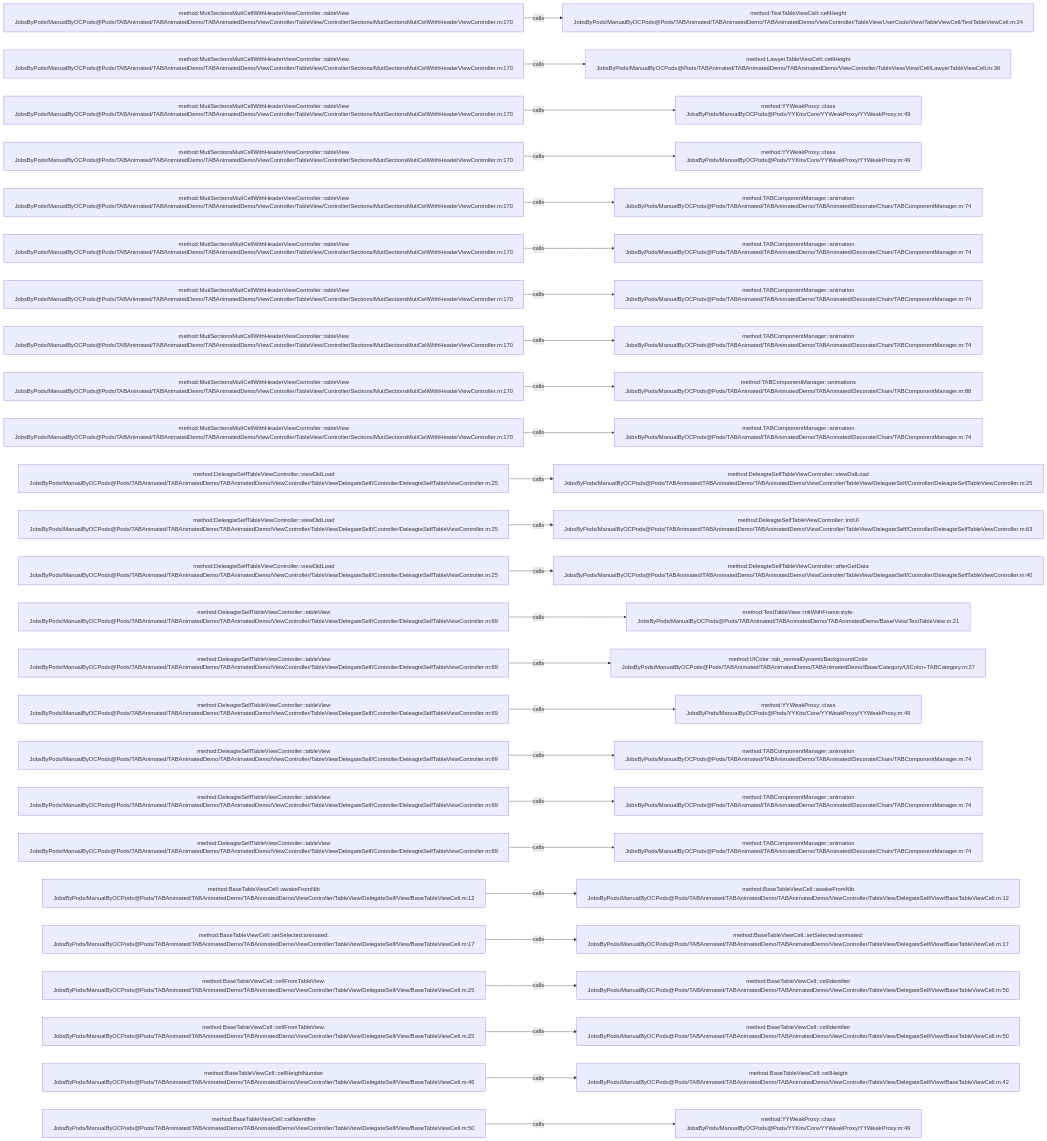
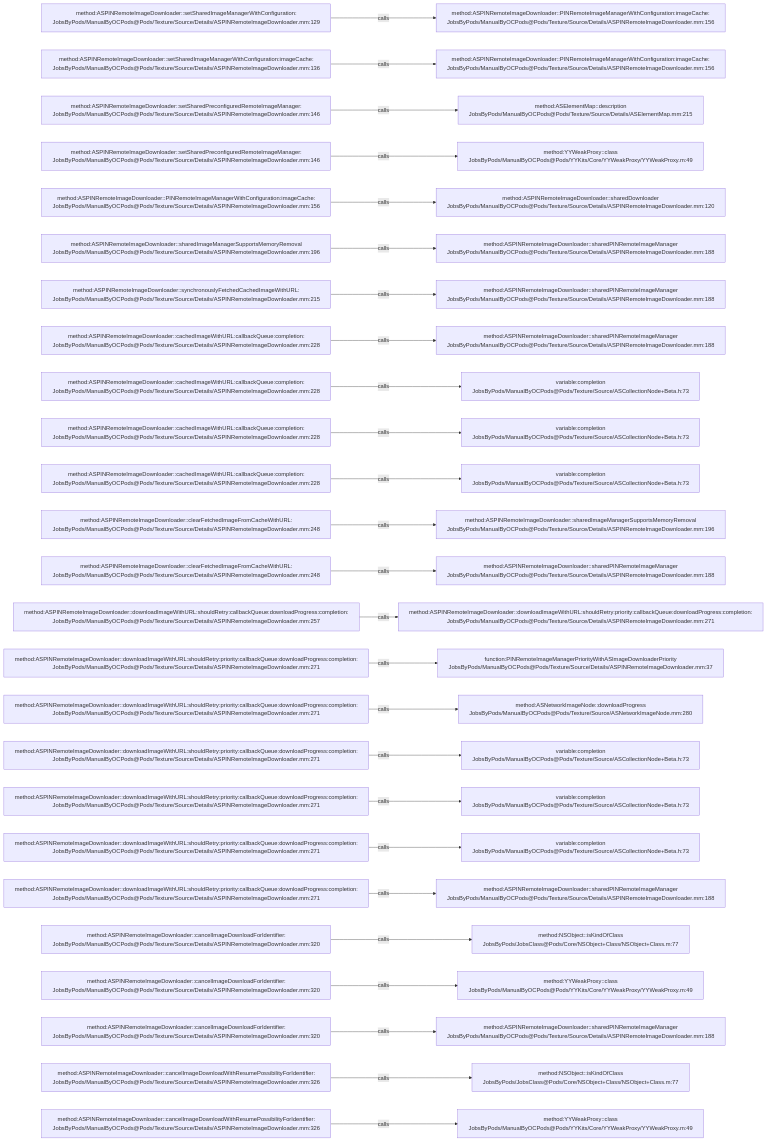
The diagram in .codegraph/codegraph.md/graphs/calls-169.md (JobsKits/JobsOCBaseConfigDemo), drawn with Mermaid before and after one commit. The commit also changed 2162 other files, not shown here.

````diff
--- a/.codegraph/codegraph.md/graphs/calls-169.md
+++ b/.codegraph/codegraph.md/graphs/calls-169.md
@@ -13,78 +13,78 @@
 ```mermaid
 flowchart LR
-  S1["method:MutiSectionsMutiCellWithHeaderViewController::tableView<br/>JobsByPods/ManualByOCPods@Pods/TABAnimated/TABAnimatedDemo/TABAnimatedDemo/ViewController/TableView/Controller/Sections/MutiSectionsMutiCellWithHeaderViewController.m:170"]
-  T1["method:TestTableViewCell::cellHeight<br/>JobsByPods/ManualByOCPods@Pods/TABAnimated/TABAnimatedDemo/TABAnimatedDemo/ViewController/TableView/UserCode/View/TableViewCell/TestTableViewCell.m:24"]
+  S1["method:ASPINRemoteImageDownloader::setSharedImageManagerWithConfiguration:<br/>JobsByPods/ManualByOCPods@Pods/Texture/Source/Details/ASPINRemoteImageDownloader.mm:129"]
+  T1["method:ASPINRemoteImageDownloader::PINRemoteImageManagerWithConfiguration:imageCache:<br/>JobsByPods/ManualByOCPods@Pods/Texture/Source/Details/ASPINRemoteImageDownloader.mm:156"]
   S1 -->|calls| T1
-  S2["method:MutiSectionsMutiCellWithHeaderViewController::tableView<br/>JobsByPods/ManualByOCPods@Pods/TABAnimated/TABAnimatedDemo/TABAnimatedDemo/ViewController/TableView/Controller/Sections/MutiSectionsMutiCellWithHeaderViewController.m:170"]
-  T2["method:LawyerTableViewCell::cellHeight<br/>JobsByPods/ManualByOCPods@Pods/TABAnimated/TABAnimatedDemo/TABAnimatedDemo/ViewController/TableView/View/Cell/LawyerTableViewCell.m:36"]
+  S2["method:ASPINRemoteImageDownloader::setSharedImageManagerWithConfiguration:imageCache:<br/>JobsByPods/ManualByOCPods@Pods/Texture/Source/Details/ASPINRemoteImageDownloader.mm:136"]
+  T2["method:ASPINRemoteImageDownloader::PINRemoteImageManagerWithConfiguration:imageCache:<br/>JobsByPods/ManualByOCPods@Pods/Texture/Source/Details/ASPINRemoteImageDownloader.mm:156"]
   S2 -->|calls| T2
-  S3["method:MutiSectionsMutiCellWithHeaderViewController::tableView<br/>JobsByPods/ManualByOCPods@Pods/TABAnimated/TABAnimatedDemo/TABAnimatedDemo/ViewController/TableView/Controller/Sections/MutiSectionsMutiCellWithHeaderViewController.m:170"]
-  T3["method:YYWeakProxy::class<br/>JobsByPods/ManualByOCPods@Pods/YYKits/Core/YYWeakProxy/YYWeakProxy.m:49"]
+  S3["method:ASPINRemoteImageDownloader::setSharedPreconfiguredRemoteImageManager:<br/>JobsByPods/ManualByOCPods@Pods/Texture/Source/Details/ASPINRemoteImageDownloader.mm:146"]
+  T3["method:ASElementMap::description<br/>JobsByPods/ManualByOCPods@Pods/Texture/Source/Details/ASElementMap.mm:215"]
   S3 -->|calls| T3
-  S4["method:MutiSectionsMutiCellWithHeaderViewController::tableView<br/>JobsByPods/ManualByOCPods@Pods/TABAnimated/TABAnimatedDemo/TABAnimatedDemo/ViewController/TableView/Controller/Sections/MutiSectionsMutiCellWithHeaderViewController.m:170"]
+  S4["method:ASPINRemoteImageDownloader::setSharedPreconfiguredRemoteImageManager:<br/>JobsByPods/ManualByOCPods@Pods/Texture/Source/Details/ASPINRemoteImageDownloader.mm:146"]
   T4["method:YYWeakProxy::class<br/>JobsByPods/ManualByOCPods@Pods/YYKits/Core/YYWeakProxy/YYWeakProxy.m:49"]
   S4 -->|calls| T4
-  S5["method:MutiSectionsMutiCellWithHeaderViewController::tableView<br/>JobsByPods/ManualByOCPods@Pods/TABAnimated/TABAnimatedDemo/TABAnimatedDemo/ViewController/TableView/Controller/Sections/MutiSectionsMutiCellWithHeaderViewController.m:170"]
-  T5["method:TABComponentManager::animation<br/>JobsByPods/ManualByOCPods@Pods/TABAnimated/TABAnimatedDemo/TABAnimated/Decorate/Chain/TABComponentManager.m:74"]
+  S5["method:ASPINRemoteImageDownloader::PINRemoteImageManagerWithConfiguration:imageCache:<br/>JobsByPods/ManualByOCPods@Pods/Texture/Source/Details/ASPINRemoteImageDownloader.mm:156"]
+  T5["method:ASPINRemoteImageDownloader::sharedDownloader<br/>JobsByPods/ManualByOCPods@Pods/Texture/Source/Details/ASPINRemoteImageDownloader.mm:120"]
   S5 -->|calls| T5
-  S6["method:MutiSectionsMutiCellWithHeaderViewController::tableView<br/>JobsByPods/ManualByOCPods@Pods/TABAnimated/TABAnimatedDemo/TABAnimatedDemo/ViewController/TableView/Controller/Sections/MutiSectionsMutiCellWithHeaderViewController.m:170"]
-  T6["method:TABComponentManager::animation<br/>JobsByPods/ManualByOCPods@Pods/TABAnimated/TABAnimatedDemo/TABAnimated/Decorate/Chain/TABComponentManager.m:74"]
+  S6["method:ASPINRemoteImageDownloader::sharedImageManagerSupportsMemoryRemoval<br/>JobsByPods/ManualByOCPods@Pods/Texture/Source/Details/ASPINRemoteImageDownloader.mm:196"]
+  T6["method:ASPINRemoteImageDownloader::sharedPINRemoteImageManager<br/>JobsByPods/ManualByOCPods@Pods/Texture/Source/Details/ASPINRemoteImageDownloader.mm:188"]
   S6 -->|calls| T6
-  S7["method:MutiSectionsMutiCellWithHeaderViewController::tableView<br/>JobsByPods/ManualByOCPods@Pods/TABAnimated/TABAnimatedDemo/TABAnimatedDemo/ViewController/TableView/Controller/Sections/MutiSectionsMutiCellWithHeaderViewController.m:170"]
-  T7["method:TABComponentManager::animation<br/>JobsByPods/ManualByOCPods@Pods/TABAnimated/TABAnimatedDemo/TABAnimated/Decorate/Chain/TABComponentManager.m:74"]
+  S7["method:ASPINRemoteImageDownloader::synchronouslyFetchedCachedImageWithURL:<br/>JobsByPods/ManualByOCPods@Pods/Texture/Source/Details/ASPINRemoteImageDownloader.mm:215"]
+  T7["method:ASPINRemoteImageDownloader::sharedPINRemoteImageManager<br/>JobsByPods/ManualByOCPods@Pods/Texture/Source/Details/ASPINRemoteImageDownloader.mm:188"]
   S7 -->|calls| T7
-  S8["method:MutiSectionsMutiCellWithHeaderViewController::tableView<br/>JobsByPods/ManualByOCPods@Pods/TABAnimated/TABAnimatedDemo/TABAnimatedDemo/ViewController/TableView/Controller/Sections/MutiSectionsMutiCellWithHeaderViewController.m:170"]
-  T8["method:TABComponentManager::animation<br/>JobsByPods/ManualByOCPods@Pods/TABAnimated/TABAnimatedDemo/TABAnimated/Decorate/Chain/TABComponentManager.m:74"]
+  S8["method:ASPINRemoteImageDownloader::cachedImageWithURL:callbackQueue:completion:<br/>JobsByPods/ManualByOCPods@Pods/Texture/Source/Details/ASPINRemoteImageDownloader.mm:228"]
+  T8["method:ASPINRemoteImageDownloader::sharedPINRemoteImageManager<br/>JobsByPods/ManualByOCPods@Pods/Texture/Source/Details/ASPINRemoteImageDownloader.mm:188"]
   S8 -->|calls| T8
-  S9["method:MutiSectionsMutiCellWithHeaderViewController::tableView<br/>JobsByPods/ManualByOCPods@Pods/TABAnimated/TABAnimatedDemo/TABAnimatedDemo/ViewController/TableView/Controller/Sections/MutiSectionsMutiCellWithHeaderViewController.m:170"]
-  T9["method:TABComponentManager::animations<br/>JobsByPods/ManualByOCPods@Pods/TABAnimated/TABAnimatedDemo/TABAnimated/Decorate/Chain/TABComponentManager.m:88"]
+  S9["method:ASPINRemoteImageDownloader::cachedImageWithURL:callbackQueue:completion:<br/>JobsByPods/ManualByOCPods@Pods/Texture/Source/Details/ASPINRemoteImageDownloader.mm:228"]
+  T9["variable:completion<br/>JobsByPods/ManualByOCPods@Pods/Texture/Source/ASCollectionNode+Beta.h:73"]
   S9 -->|calls| T9
-  S10["method:MutiSectionsMutiCellWithHeaderViewController::tableView<br/>JobsByPods/ManualByOCPods@Pods/TABAnimated/TABAnimatedDemo/TABAnimatedDemo/ViewController/TableView/Controller/Sections/MutiSectionsMutiCellWithHeaderViewController.m:170"]
-  T10["method:TABComponentManager::animation<br/>JobsByPods/ManualByOCPods@Pods/TABAnimated/TABAnimatedDemo/TABAnimated/Decorate/Chain/TABComponentManager.m:74"]
+  S10["method:ASPINRemoteImageDownloader::cachedImageWithURL:callbackQueue:completion:<br/>JobsByPods/ManualByOCPods@Pods/Texture/Source/Details/ASPINRemoteImageDownloader.mm:228"]
+  T10["variable:completion<br/>JobsByPods/ManualByOCPods@Pods/Texture/Source/ASCollectionNode+Beta.h:73"]
   S10 -->|calls| T10
-  S11["method:DeleagteSelfTableViewController::viewDidLoad<br/>JobsByPods/ManualByOCPods@Pods/TABAnimated/TABAnimatedDemo/TABAnimatedDemo/ViewController/TableView/DelegateSelf/Controller/DeleagteSelfTableViewController.m:25"]
-  T11["method:DeleagteSelfTableViewController::viewDidLoad<br/>JobsByPods/ManualByOCPods@Pods/TABAnimated/TABAnimatedDemo/TABAnimatedDemo/ViewController/TableView/DelegateSelf/Controller/DeleagteSelfTableViewController.m:25"]
+  S11["method:ASPINRemoteImageDownloader::cachedImageWithURL:callbackQueue:completion:<br/>JobsByPods/ManualByOCPods@Pods/Texture/Source/Details/ASPINRemoteImageDownloader.mm:228"]
+  T11["variable:completion<br/>JobsByPods/ManualByOCPods@Pods/Texture/Source/ASCollectionNode+Beta.h:73"]
   S11 -->|calls| T11
-  S12["method:DeleagteSelfTableViewController::viewDidLoad<br/>JobsByPods/ManualByOCPods@Pods/TABAnimated/TABAnimatedDemo/TABAnimatedDemo/ViewController/TableView/DelegateSelf/Controller/DeleagteSelfTableViewController.m:25"]
-  T12["method:DeleagteSelfTableViewController::initUI<br/>JobsByPods/ManualByOCPods@Pods/TABAnimated/TABAnimatedDemo/TABAnimatedDemo/ViewController/TableView/DelegateSelf/Controller/DeleagteSelfTableViewController.m:63"]
+  S12["method:ASPINRemoteImageDownloader::clearFetchedImageFromCacheWithURL:<br/>JobsByPods/ManualByOCPods@Pods/Texture/Source/Details/ASPINRemoteImageDownloader.mm:248"]
+  T12["method:ASPINRemoteImageDownloader::sharedImageManagerSupportsMemoryRemoval<br/>JobsByPods/ManualByOCPods@Pods/Texture/Source/Details/ASPINRemoteImageDownloader.mm:196"]
   S12 -->|calls| T12
-  S13["method:DeleagteSelfTableViewController::viewDidLoad<br/>JobsByPods/ManualByOCPods@Pods/TABAnimated/TABAnimatedDemo/TABAnimatedDemo/ViewController/TableView/DelegateSelf/Controller/DeleagteSelfTableViewController.m:25"]
-  T13["method:DeleagteSelfTableViewController::afterGetData<br/>JobsByPods/ManualByOCPods@Pods/TABAnimated/TABAnimatedDemo/TABAnimatedDemo/ViewController/TableView/DelegateSelf/Controller/DeleagteSelfTableViewController.m:40"]
+  S13["method:ASPINRemoteImageDownloader::clearFetchedImageFromCacheWithURL:<br/>JobsByPods/ManualByOCPods@Pods/Texture/Source/Details/ASPINRemoteImageDownloader.mm:248"]
+  T13["method:ASPINRemoteImageDownloader::sharedPINRemoteImageManager<br/>JobsByPods/ManualByOCPods@Pods/Texture/Source/Details/ASPINRemoteImageDownloader.mm:188"]
   S13 -->|calls| T13
-  S14["method:DeleagteSelfTableViewController::tableView<br/>JobsByPods/ManualByOCPods@Pods/TABAnimated/TABAnimatedDemo/TABAnimatedDemo/ViewController/TableView/DelegateSelf/Controller/DeleagteSelfTableViewController.m:69"]
-  T14["method:TestTableView::initWithFrame:style:<br/>JobsByPods/ManualByOCPods@Pods/TABAnimated/TABAnimatedDemo/TABAnimatedDemo/Base/View/TestTableView.m:21"]
+  S14["method:ASPINRemoteImageDownloader::downloadImageWithURL:shouldRetry:callbackQueue:downloadProgress:completion:<br/>JobsByPods/ManualByOCPods@Pods/Texture/Source/Details/ASPINRemoteImageDownloader.mm:257"]
+  T14["method:ASPINRemoteImageDownloader::downloadImageWithURL:shouldRetry:priority:callbackQueue:downloadProgress:completion:<br/>JobsByPods/ManualByOCPods@Pods/Texture/Source/Details/ASPINRemoteImageDownloader.mm:271"]
   S14 -->|calls| T14
-  S15["method:DeleagteSelfTableViewController::tableView<br/>JobsByPods/ManualByOCPods@Pods/TABAnimated/TABAnimatedDemo/TABAnimatedDemo/ViewController/TableView/DelegateSelf/Controller/DeleagteSelfTableViewController.m:69"]
-  T15["method:UIColor::tab_normalDynamicBackgroundColor<br/>JobsByPods/ManualByOCPods@Pods/TABAnimated/TABAnimatedDemo/TABAnimatedDemo/Base/Category/UIColor+TABCategory.m:27"]
+  S15["method:ASPINRemoteImageDownloader::downloadImageWithURL:shouldRetry:priority:callbackQueue:downloadProgress:completion:<br/>JobsByPods/ManualByOCPods@Pods/Texture/Source/Details/ASPINRemoteImageDownloader.mm:271"]
+  T15["function:PINRemoteImageManagerPriorityWithASImageDownloaderPriority<br/>JobsByPods/ManualByOCPods@Pods/Texture/Source/Details/ASPINRemoteImageDownloader.mm:37"]
   S15 -->|calls| T15
-  S16["method:DeleagteSelfTableViewController::tableView<br/>JobsByPods/ManualByOCPods@Pods/TABAnimated/TABAnimatedDemo/TABAnimatedDemo/ViewController/TableView/DelegateSelf/Controller/DeleagteSelfTableViewController.m:69"]
-  T16["method:YYWeakProxy::class<br/>JobsByPods/ManualByOCPods@Pods/YYKits/Core/YYWeakProxy/YYWeakProxy.m:49"]
+  S16["method:ASPINRemoteImageDownloader::downloadImageWithURL:shouldRetry:priority:callbackQueue:downloadProgress:completion:<br/>JobsByPods/ManualByOCPods@Pods/Texture/Source/Details/ASPINRemoteImageDownloader.mm:271"]
+  T16["method:ASNetworkImageNode::downloadProgress<br/>JobsByPods/ManualByOCPods@Pods/Texture/Source/ASNetworkImageNode.mm:280"]
   S16 -->|calls| T16
-  S17["method:DeleagteSelfTableViewController::tableView<br/>JobsByPods/ManualByOCPods@Pods/TABAnimated/TABAnimatedDemo/TABAnimatedDemo/ViewController/TableView/DelegateSelf/Controller/DeleagteSelfTableViewController.m:69"]
-  T17["method:TABComponentManager::animation<br/>JobsByPods/ManualByOCPods@Pods/TABAnimated/TABAnimatedDemo/TABAnimated/Decorate/Chain/TABComponentManager.m:74"]
+  S17["method:ASPINRemoteImageDownloader::downloadImageWithURL:shouldRetry:priority:callbackQueue:downloadProgress:completion:<br/>JobsByPods/ManualByOCPods@Pods/Texture/Source/Details/ASPINRemoteImageDownloader.mm:271"]
+  T17["variable:completion<br/>JobsByPods/ManualByOCPods@Pods/Texture/Source/ASCollectionNode+Beta.h:73"]
   S17 -->|calls| T17
-  S18["method:DeleagteSelfTableViewController::tableView<br/>JobsByPods/ManualByOCPods@Pods/TABAnimated/TABAnimatedDemo/TABAnimatedDemo/ViewController/TableView/DelegateSelf/Controller/DeleagteSelfTableViewController.m:69"]
-  T18["method:TABComponentManager::animation<br/>JobsByPods/ManualByOCPods@Pods/TABAnimated/TABAnimatedDemo/TABAnimated/Decorate/Chain/TABComponentManager.m:74"]
+  S18["method:ASPINRemoteImageDownloader::downloadImageWithURL:shouldRetry:priority:callbackQueue:downloadProgress:completion:<br/>JobsByPods/ManualByOCPods@Pods/Texture/Source/Details/ASPINRemoteImageDownloader.mm:271"]
+  T18["variable:completion<br/>JobsByPods/ManualByOCPods@Pods/Texture/Source/ASCollectionNode+Beta.h:73"]
   S18 -->|calls| T18
-  S19["method:DeleagteSelfTableViewController::tableView<br/>JobsByPods/ManualByOCPods@Pods/TABAnimated/TABAnimatedDemo/TABAnimatedDemo/ViewController/TableView/DelegateSelf/Controller/DeleagteSelfTableViewController.m:69"]
-  T19["method:TABComponentManager::animation<br/>JobsByPods/ManualByOCPods@Pods/TABAnimated/TABAnimatedDemo/TABAnimated/Decorate/Chain/TABComponentManager.m:74"]
+  S19["method:ASPINRemoteImageDownloader::downloadImageWithURL:shouldRetry:priority:callbackQueue:downloadProgress:completion:<br/>JobsByPods/ManualByOCPods@Pods/Texture/Source/Details/ASPINRemoteImageDownloader.mm:271"]
+  T19["variable:completion<br/>JobsByPods/ManualByOCPods@Pods/Texture/Source/ASCollectionNode+Beta.h:73"]
   S19 -->|calls| T19
-  S20["method:BaseTableViewCell::awakeFromNib<br/>JobsByPods/ManualByOCPods@Pods/TABAnimated/TABAnimatedDemo/TABAnimatedDemo/ViewController/TableView/DelegateSelf/View/BaseTableViewCell.m:12"]
-  T20["method:BaseTableViewCell::awakeFromNib<br/>JobsByPods/ManualByOCPods@Pods/TABAnimated/TABAnimatedDemo/TABAnimatedDemo/ViewController/TableView/DelegateSelf/View/BaseTableViewCell.m:12"]
+  S20["method:ASPINRemoteImageDownloader::downloadImageWithURL:shouldRetry:priority:callbackQueue:downloadProgress:completion:<br/>JobsByPods/ManualByOCPods@Pods/Texture/Source/Details/ASPINRemoteImageDownloader.mm:271"]
+  T20["method:ASPINRemoteImageDownloader::sharedPINRemoteImageManager<br/>JobsByPods/ManualByOCPods@Pods/Texture/Source/Details/ASPINRemoteImageDownloader.mm:188"]
   S20 -->|calls| T20
-  S21["method:BaseTableViewCell::setSelected:animated:<br/>JobsByPods/ManualByOCPods@Pods/TABAnimated/TABAnimatedDemo/TABAnimatedDemo/ViewController/TableView/DelegateSelf/View/BaseTableViewCell.m:17"]
-  T21["method:BaseTableViewCell::setSelected:animated:<br/>JobsByPods/ManualByOCPods@Pods/TABAnimated/TABAnimatedDemo/TABAnimatedDemo/ViewController/TableView/DelegateSelf/View/BaseTableViewCell.m:17"]
+  S21["method:ASPINRemoteImageDownloader::cancelImageDownloadForIdentifier:<br/>JobsByPods/ManualByOCPods@Pods/Texture/Source/Details/ASPINRemoteImageDownloader.mm:320"]
+  T21["method:NSObject::isKindOfClass<br/>JobsByPods/JobsClass@Pods/Core/NSObject+Class/NSObject+Class.m:77"]
   S21 -->|calls| T21
-  S22["method:BaseTableViewCell::cellFromTableView:<br/>JobsByPods/ManualByOCPods@Pods/TABAnimated/TABAnimatedDemo/TABAnimatedDemo/ViewController/TableView/DelegateSelf/View/BaseTableViewCell.m:25"]
-  T22["method:BaseTableViewCell::cellIdentifier<br/>JobsByPods/ManualByOCPods@Pods/TABAnimated/TABAnimatedDemo/TABAnimatedDemo/ViewController/TableView/DelegateSelf/View/BaseTableViewCell.m:50"]
+  S22["method:ASPINRemoteImageDownloader::cancelImageDownloadForIdentifier:<br/>JobsByPods/ManualByOCPods@Pods/Texture/Source/Details/ASPINRemoteImageDownloader.mm:320"]
+  T22["method:YYWeakProxy::class<br/>JobsByPods/ManualByOCPods@Pods/YYKits/Core/YYWeakProxy/YYWeakProxy.m:49"]
   S22 -->|calls| T22
-  S23["method:BaseTableViewCell::cellFromTableView:<br/>JobsByPods/ManualByOCPods@Pods/TABAnimated/TABAnimatedDemo/TABAnimatedDemo/ViewController/TableView/DelegateSelf/View/BaseTableViewCell.m:25"]
-  T23["method:BaseTableViewCell::cellIdentifier<br/>JobsByPods/ManualByOCPods@Pods/TABAnimated/TABAnimatedDemo/TABAnimatedDemo/ViewController/TableView/DelegateSelf/View/BaseTableViewCell.m:50"]
+  S23["method:ASPINRemoteImageDownloader::cancelImageDownloadForIdentifier:<br/>JobsByPods/ManualByOCPods@Pods/Texture/Source/Details/ASPINRemoteImageDownloader.mm:320"]
+  T23["method:ASPINRemoteImageDownloader::sharedPINRemoteImageManager<br/>JobsByPods/ManualByOCPods@Pods/Texture/Source/Details/ASPINRemoteImageDownloader.mm:188"]
   S23 -->|calls| T23
-  S24["method:BaseTableViewCell::cellHeightNumber<br/>JobsByPods/ManualByOCPods@Pods/TABAnimated/TABAnimatedDemo/TABAnimatedDemo/ViewController/TableView/DelegateSelf/View/BaseTableViewCell.m:46"]
-  T24["method:BaseTableViewCell::cellHeight<br/>JobsByPods/ManualByOCPods@Pods/TABAnimated/TABAnimatedDemo/TABAnimatedDemo/ViewController/TableView/DelegateSelf/View/BaseTableViewCell.m:42"]
+  S24["method:ASPINRemoteImageDownloader::cancelImageDownloadWithResumePossibilityForIdentifier:<br/>JobsByPods/ManualByOCPods@Pods/Texture/Source/Details/ASPINRemoteImageDownloader.mm:326"]
+  T24["method:NSObject::isKindOfClass<br/>JobsByPods/JobsClass@Pods/Core/NSObject+Class/NSObject+Class.m:77"]
   S24 -->|calls| T24
-  S25["method:BaseTableViewCell::cellIdentifier<br/>JobsByPods/ManualByOCPods@Pods/TABAnimated/TABAnimatedDemo/TABAnimatedDemo/ViewController/TableView/DelegateSelf/View/BaseTableViewCell.m:50"]
+  S25["method:ASPINRemoteImageDownloader::cancelImageDownloadWithResumePossibilityForIdentifier:<br/>JobsByPods/ManualByOCPods@Pods/Texture/Source/Details/ASPINRemoteImageDownloader.mm:326"]
   T25["method:YYWeakProxy::class<br/>JobsByPods/ManualByOCPods@Pods/YYKits/Core/YYWeakProxy/YYWeakProxy.m:49"]
   S25 -->|calls| T25
 ```
````
